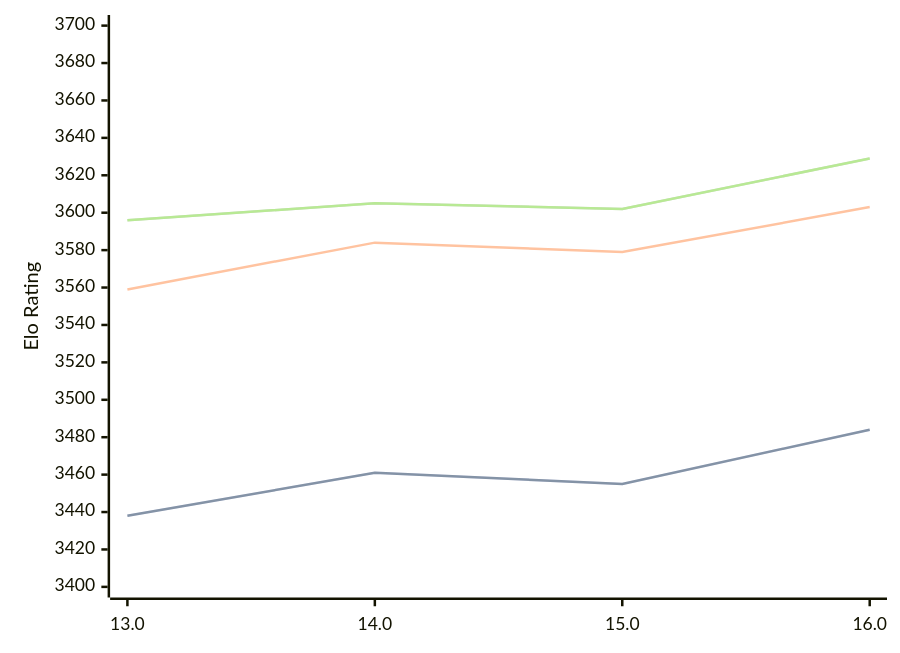
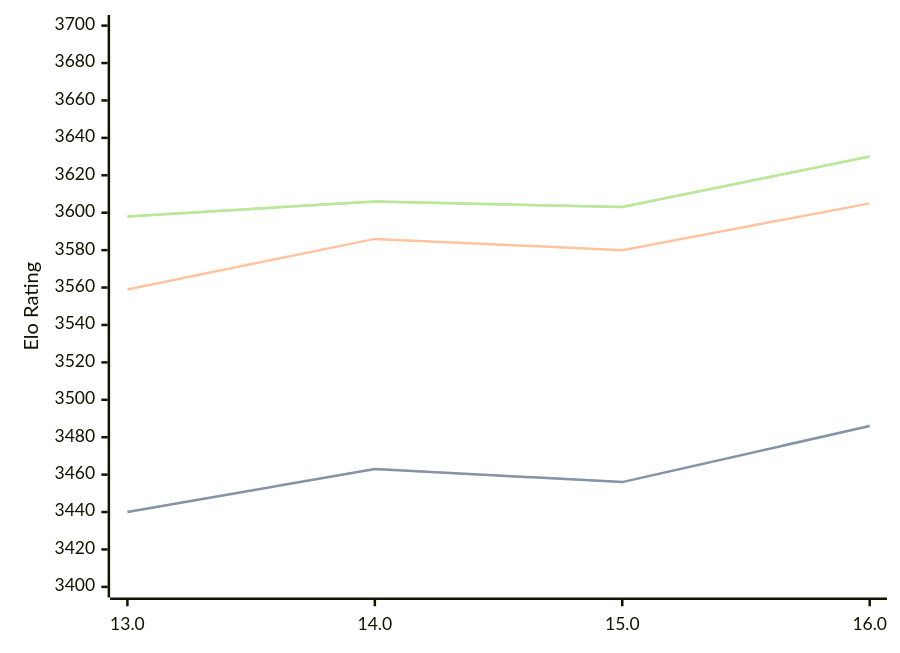
One commit to computer-chess-index/cci changed the diagram in engines/Obsidian.md. Above: the diagram before and after it, drawn with Mermaid. The commit also changed other lines of this file, not shown here.

Commit message:
Update CCI Ratings (ELO VLTC) - 2026-05-12

````diff
--- a/engines/Obsidian.md
+++ b/engines/Obsidian.md
@@ -43,11 +43,11 @@
 ```mermaid
 %%{init: {"theme":"base","themeVariables":{"seriesColors:['#a3a3a3','#222221','#faa371']}}}%%
 xychart-beta
   x-axis ["13.0", "14.0", "15.0", "16.0"]
   y-axis "Elo Rating" 3400 --> 3700
-  line "STC (8.0+0.08s)" [3438, 3461, 3455, 3484]
-  line "STC (8.0+0.08s)" [3438, 3461, 3455, 3484]
-  line "LTC (60.0+0.60s)" [3559, 3584, 3579, 3603]
-  line "VLTC (2m24s+1.12s)" [3596, 3605, 3602, 3629]
-  line "VLTC (2m24s+1.12s)" [3596, 3605, 3602, 3629]
+  line "STC (8.0+0.08s)" [3440, 3463, 3456, 3486]
+  line "STC (8.0+0.08s)" [3440, 3463, 3456, 3486]
+  line "LTC (60.0+0.60s)" [3559, 3586, 3580, 3605]
+  line "VLTC (2m24s+1.12s)" [3598, 3606, 3603, 3630]
+  line "VLTC (2m24s+1.12s)" [3598, 3606, 3603, 3630]
 ```
````
